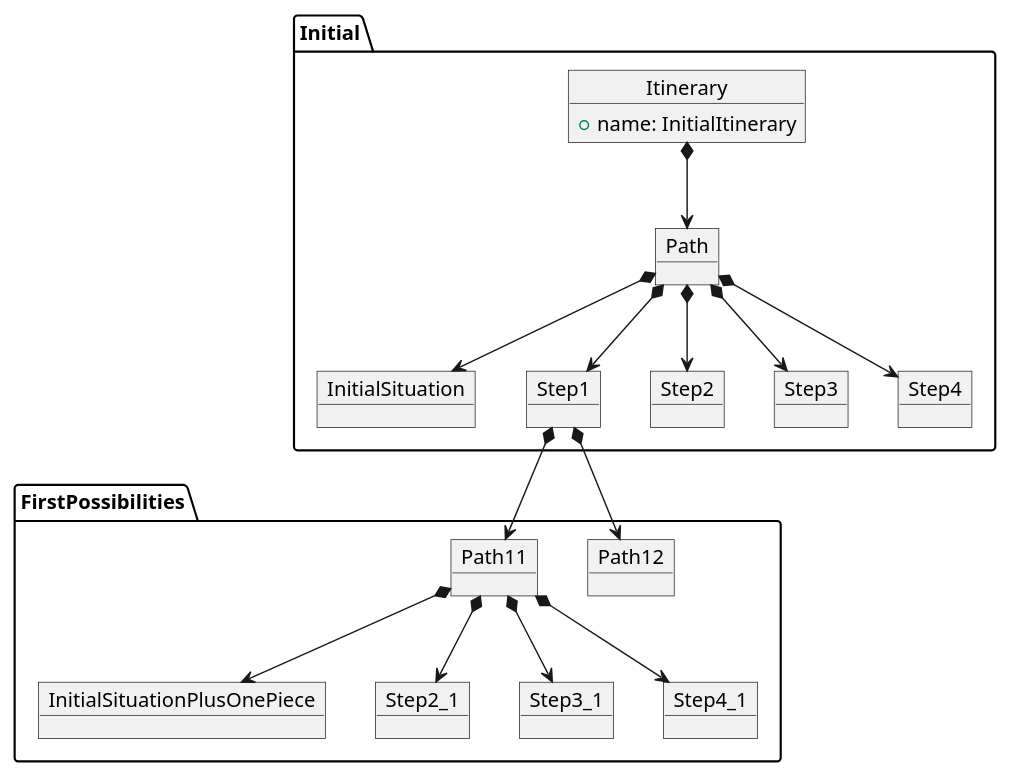
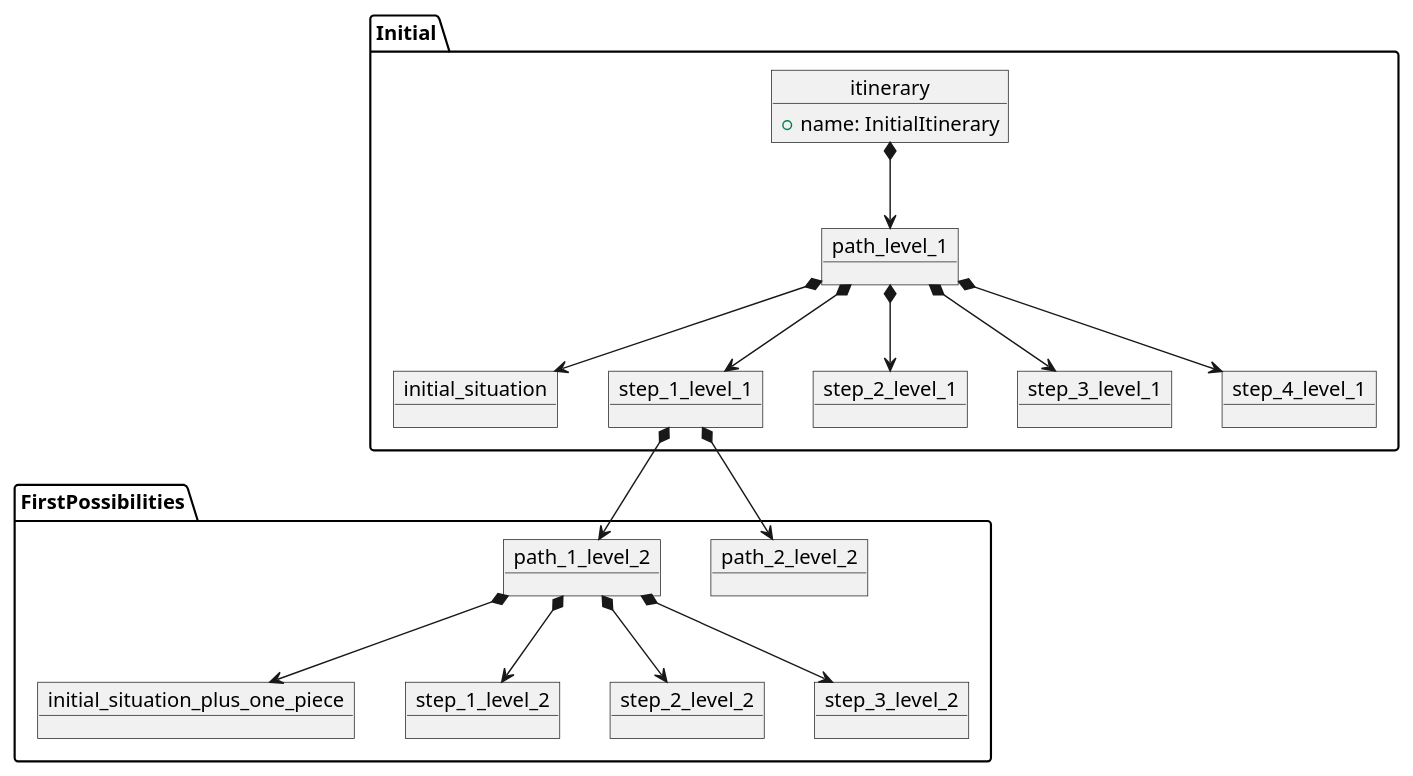
The diagram in doc/ItinerarySteps/ItinerarySteps.puml (IgnacioMaestro/Eternity2), drawn with PlantUML before and after one commit.

Commit message:
feat: improve doc names

```diff
--- a/doc/ItinerarySteps/ItinerarySteps.puml
+++ b/doc/ItinerarySteps/ItinerarySteps.puml
@@ -1,42 +1,42 @@
 @startuml
 package Initial{
 
-    object Itinerary {
+    object itinerary {
         +name: InitialItinerary
     }
 
-    object Path
+    object path_level_1
 
-    Itinerary *--> Path
+    itinerary *--> path_level_1
 
-    object InitialSituation
+    object initial_situation
 
-    Path *--> InitialSituation
+    path_level_1 *--> initial_situation
 
-    object Step1
-    object Step2
-    object Step3
-    object Step4
+    object step_1_level_1
+    object step_2_level_1
+    object step_3_level_1
+    object step_4_level_1
 
-    Path *--> Step1
-    Path *--> Step2
-    Path *--> Step3
-    Path *--> Step4
+    path_level_1 *--> step_1_level_1
+    path_level_1 *--> step_2_level_1
+    path_level_1 *--> step_3_level_1
+    path_level_1 *--> step_4_level_1
 }
 package FirstPossibilities {
-    object Path12
-    object Path11
-    Step1 *--> Path12
-    Step1 *--> Path11
+    object path_2_level_2
+    object path_1_level_2
+    step_1_level_1 *--> path_2_level_2
+    step_1_level_1 *--> path_1_level_2
 
-    object InitialSituationPlusOnePiece
-    Path11 *--> InitialSituationPlusOnePiece
-    object Step2_1
-    object Step3_1
-    object Step4_1
+    object initial_situation_plus_one_piece
+    path_1_level_2 *--> initial_situation_plus_one_piece
+    object step_1_level_2
+    object step_2_level_2
+    object step_3_level_2
 
-    Path11 *--> Step2_1
-    Path11 *--> Step3_1
-    Path11 *--> Step4_1
+    path_1_level_2 *--> step_1_level_2
+    path_1_level_2 *--> step_2_level_2
+    path_1_level_2 *--> step_3_level_2
 }
 @enduml
```
